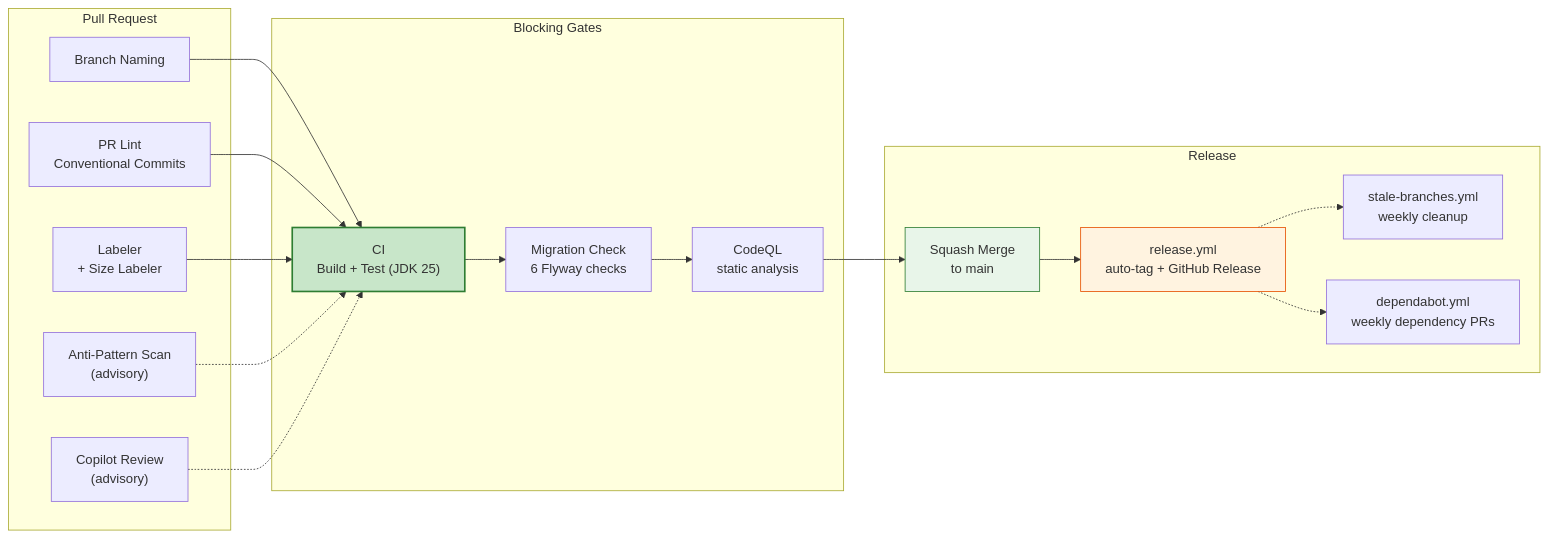
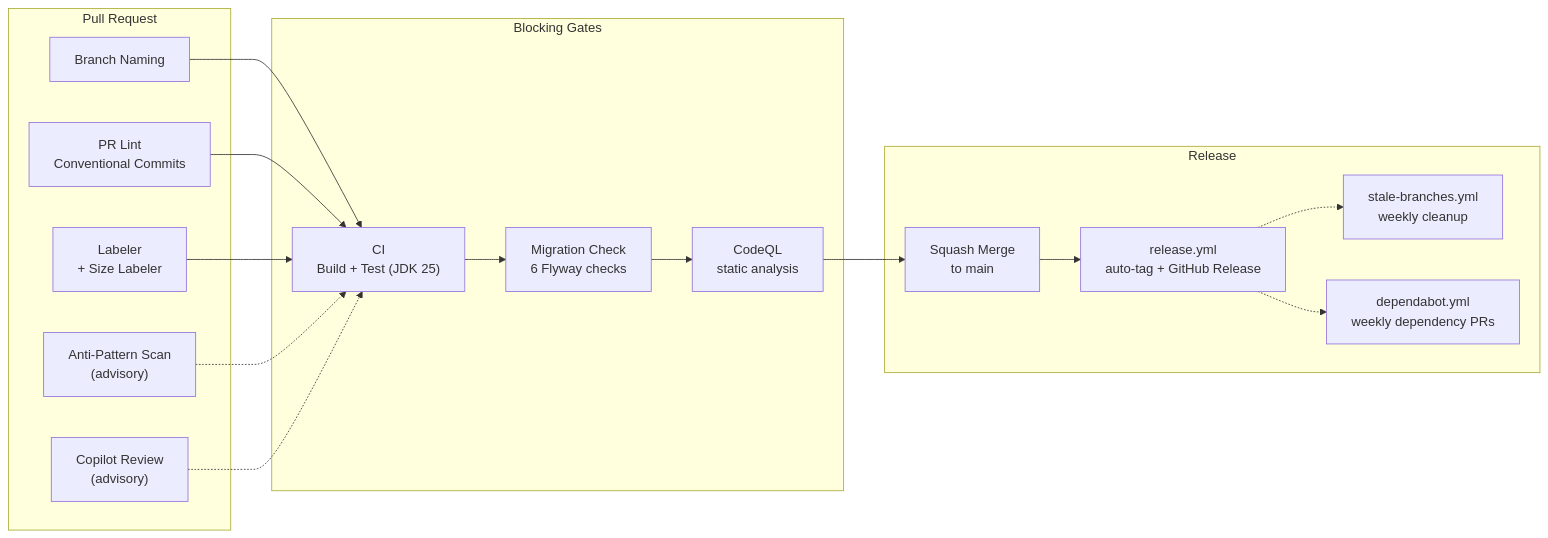
One commit to sailikhithk/gpn-mini-ledger changed the seventh of 7 diagrams in README.md. Above: the diagram before and after it, drawn with Mermaid. The commit also changed other lines of this file, not shown here.

First line of the commit message:
docs: fix Mermaid diagrams for GitHub dark mode rendering (#14)

````diff
--- a/README.md
+++ b/README.md
@@ -404,39 +385,35 @@
 ```mermaid
 graph LR
     subgraph PR["Pull Request"]
         BranchName["Branch Naming"]
         PRLint["PR Lint<br/>Conventional Commits"]
         Labeler["Labeler<br/>+ Size Labeler"]
         AntiPattern["Anti-Pattern Scan<br/>(advisory)"]
         Copilot["Copilot Review<br/>(advisory)"]
     end
 
     subgraph Gates["Blocking Gates"]
         CI["CI<br/>Build + Test (JDK 25)"]
         Migration["Migration Check<br/>6 Flyway checks"]
         CodeQL["CodeQL<br/>static analysis"]
     end
 
     subgraph Release["Release"]
         Squash["Squash Merge<br/>to main"]
         ReleaseWF["release.yml<br/>auto-tag + GitHub Release"]
         Stale["stale-branches.yml<br/>weekly cleanup"]
         Dependabot["dependabot.yml<br/>weekly dependency PRs"]
     end
 
     BranchName --> CI
     PRLint --> CI
     Labeler --> CI
     AntiPattern -.-> CI
     Copilot -.-> CI
     CI --> Migration
     Migration --> CodeQL
     CodeQL --> Squash
     Squash --> ReleaseWF
     ReleaseWF -.-> Stale
     ReleaseWF -.-> Dependabot
-
-    style CI fill:#c8e6c9,stroke:#2e7d32,stroke-width:2px
-    style Squash fill:#e8f5e9,stroke:#2e7d32
-    style ReleaseWF fill:#fff3e0,stroke:#e65100
 ```
````
